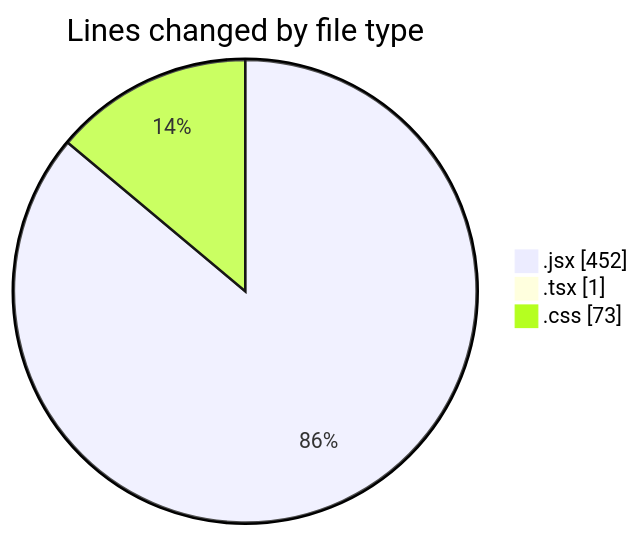
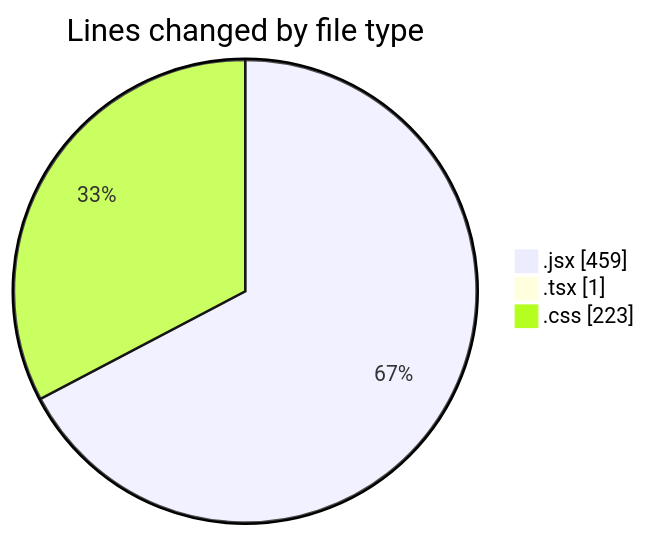
The first of 2 diagrams in 2025-02-10/react_ecom/README.md (Elitesun/code-tracking), drawn with Mermaid before and after one commit. The commit also changed other lines of this file and 1 other file, not shown here.

````diff
--- a/2025-02-10/react_ecom/README.md
+++ b/2025-02-10/react_ecom/README.md
@@ -29,7 +30,7 @@
 ```mermaid
 pie showData
 title Lines changed by file type
-".jsx" : 452
+".jsx" : 459
 ".tsx" : 1
-".css" : 73
+".css" : 223
 ```
````
